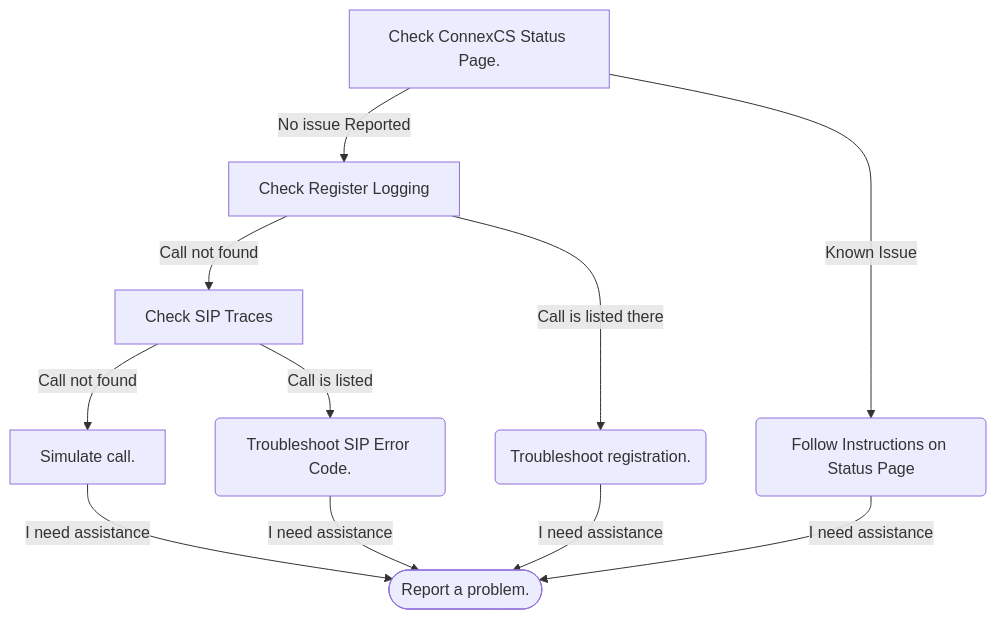
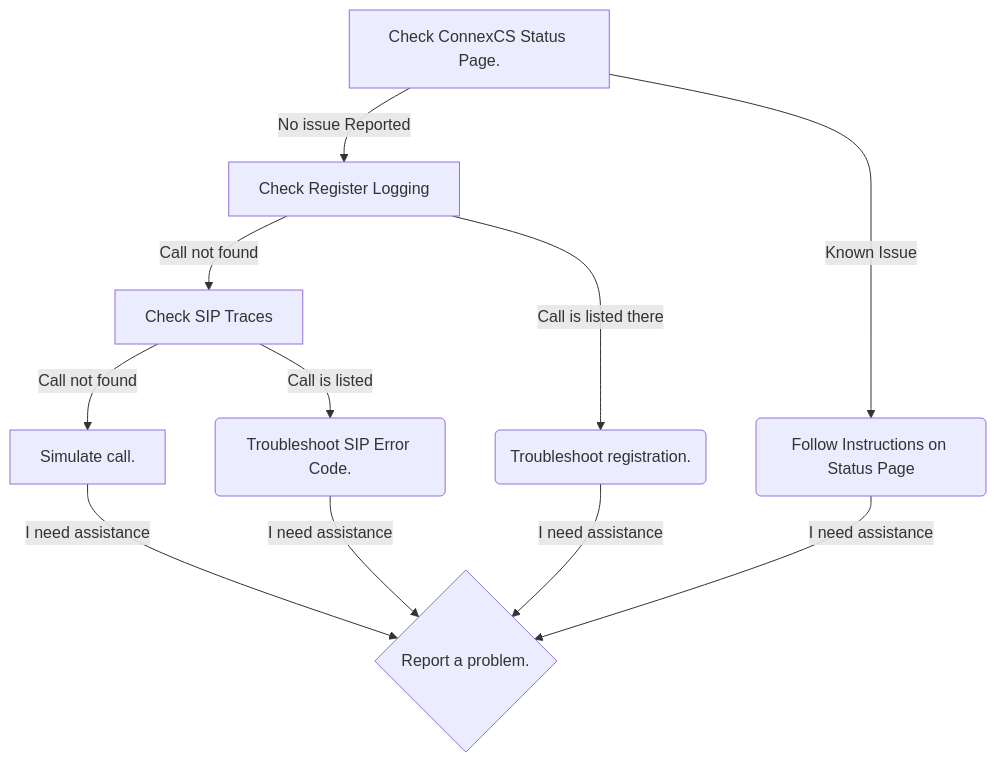
The diagram in docs/guides/tshoot-signal.md (connexcs/docs), drawn with Mermaid before and after one commit.

Commit message:
Update tshoot-signal.md
fixing flow

````diff
--- a/docs/guides/tshoot-signal.md
+++ b/docs/guides/tshoot-signal.md
@@ -30,18 +30,18 @@
 ```mermaid
 graph TD
     A[Check ConnexCS Status Page.]-->|No issue Reported| C[Check Register Logging]
     A[Check ConnexCS Status Page.]-->|Known Issue| B(Follow Instructions on Status Page)
     C -->|Call not found| E[Check SIP Traces]    
     C -->|Call is listed there| D(Troubleshoot registration.)
     E -->|Call not found| G[Simulate call.]
     E -->|Call is listed| F(Troubleshoot SIP Error Code.)
-    G -->|I need assistance| H([Report a problem.])
-    B -->|I need assistance| H([Report a problem.])
-    D -->|I need assistance| H([Report a problem.])
-    F -->|I need assistance| H([Report a problem.])
+    G -->|I need assistance| H{Report a problem.}
+    B -->|I need assistance| H{Report a problem.}
+    D -->|I need assistance| H{Report a problem.}
+    F -->|I need assistance| H{Report a problem.}
     click A "https://status.connexcs.com/"
     click C "https://docs.connexcs.com/logging/#register-logging"
     click E "https://docs.connexcs.com/logging/#sip-traces"
     click G "https://docs.connexcs.com/logging/#simulate"
     click H "https://docs.connexcs.com/reporting-problems/#report-a-problem"
 ```
````
